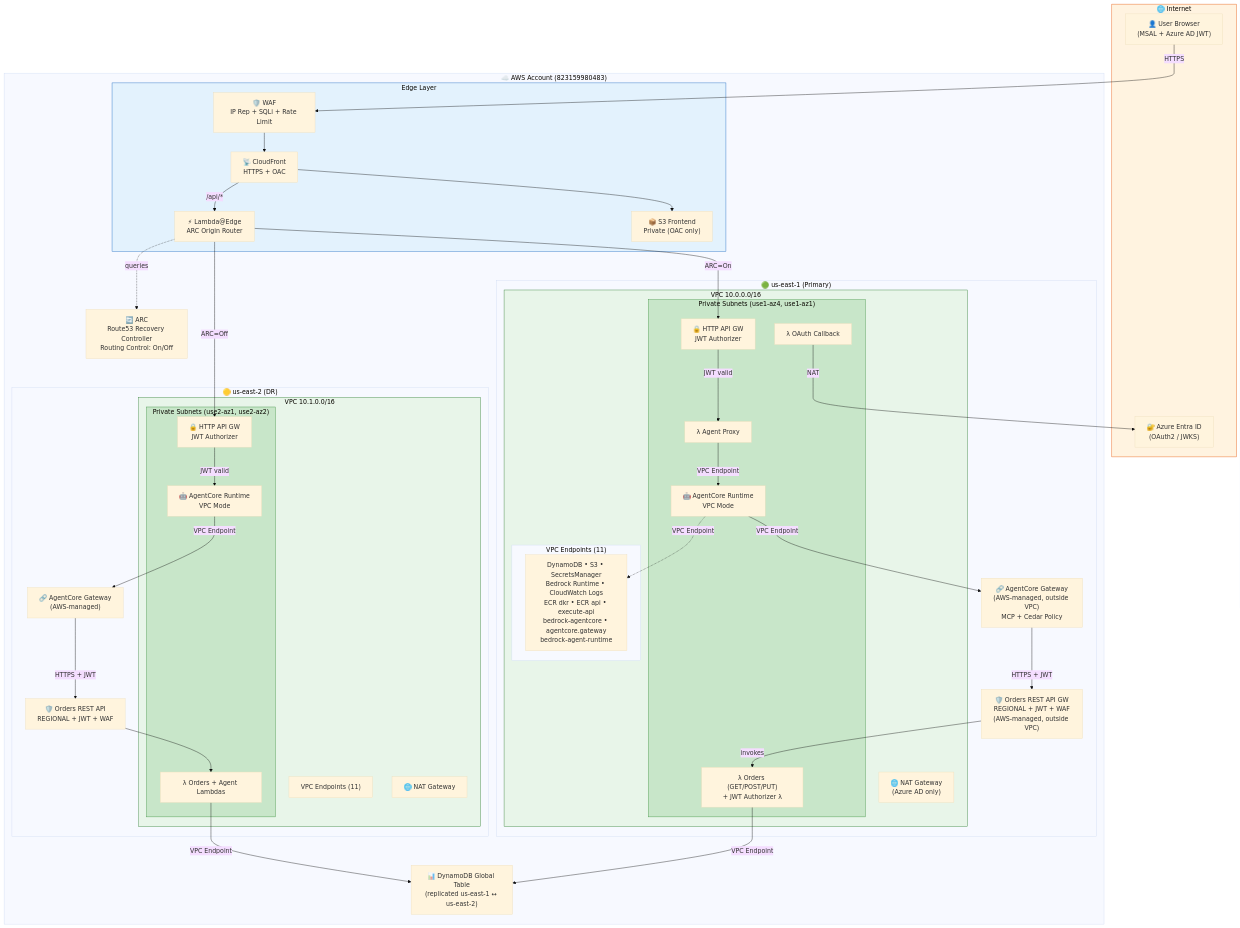
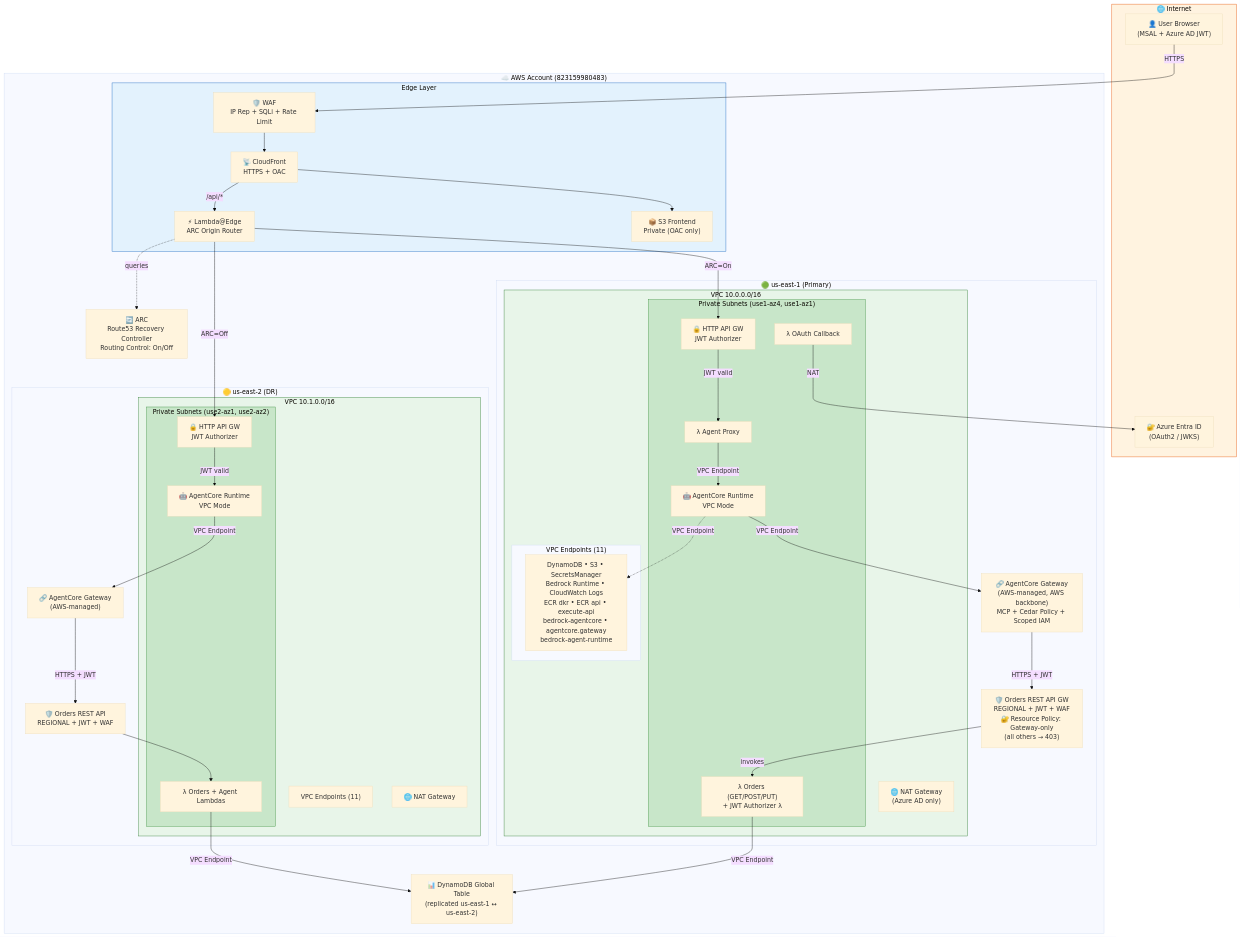
The diagram in docs/SECURITY_ARCHITECTURE.md (ajeebpeter/v3-secure-agentcore-app-demo-public), drawn with Mermaid (base theme) before and after one commit.

Commit message:
docs: highlight resource policy lockdown on Orders API in diagram

````diff
--- a/docs/SECURITY_ARCHITECTURE.md
+++ b/docs/SECURITY_ARCHITECTURE.md
@@ -9,81 +9,81 @@
 ```mermaid
 flowchart TB
     subgraph Internet["🌐 Internet"]
         User["👤 User Browser<br/>(MSAL + Azure AD JWT)"]
         AzureAD["🔐 Azure Entra ID<br/>(OAuth2 / JWKS)"]
     end
 
     subgraph AWS["☁️ AWS Account (823159980483)"]
         subgraph Edge["Edge Layer"]
             WAF_CF["🛡️ WAF<br/>IP Rep + SQLi + Rate Limit"]
             CF["📡 CloudFront<br/>HTTPS + OAC"]
             S3["📦 S3 Frontend<br/>Private (OAC only)"]
             LambdaEdge["⚡ Lambda@Edge<br/>ARC Origin Router"]
         end
 
         subgraph Primary["🟢 us-east-1 (Primary)"]
             subgraph VPC1["VPC 10.0.0.0/16"]
                 subgraph Private1["Private Subnets (use1-az4, use1-az1)"]
                     APIGW1["🔒 HTTP API GW<br/>JWT Authorizer"]
                     AgentProxy1["λ Agent Proxy"]
                     Runtime1["🤖 AgentCore Runtime<br/>VPC Mode"]
                     OAuthCB1["λ OAuth Callback"]
                     OrdersLambdas1["λ Orders (GET/POST/PUT)<br/>+ JWT Authorizer λ"]
                 end
                 subgraph Endpoints1["VPC Endpoints (11)"]
                     EP1["DynamoDB • S3 • SecretsManager<br/>Bedrock Runtime • CloudWatch Logs<br/>ECR dkr • ECR api • execute-api<br/>bedrock-agentcore • agentcore.gateway<br/>bedrock-agent-runtime"]
                 end
                 NAT1["🌐 NAT Gateway<br/>(Azure AD only)"]
             end
-            OrdersAPI1["🛡️ Orders REST API GW<br/>REGIONAL + JWT + WAF<br/>(AWS-managed, outside VPC)"]
-            Gateway1["🔗 AgentCore Gateway<br/>(AWS-managed, outside VPC)<br/>MCP + Cedar Policy"]
+            OrdersAPI1["🛡️ Orders REST API GW<br/>REGIONAL + JWT + WAF<br/>🔐 Resource Policy: Gateway-only<br/>(all others → 403)"]
+            Gateway1["🔗 AgentCore Gateway<br/>(AWS-managed, AWS backbone)<br/>MCP + Cedar Policy + Scoped IAM"]
         end
 
         subgraph DR["🟡 us-east-2 (DR)"]
             subgraph VPC2["VPC 10.1.0.0/16"]
                 subgraph Private2["Private Subnets (use2-az1, use2-az2)"]
                     APIGW2["🔒 HTTP API GW<br/>JWT Authorizer"]
                     Runtime2["🤖 AgentCore Runtime<br/>VPC Mode"]
                     OrdersLambdas2["λ Orders + Agent Lambdas"]
                 end
                 Endpoints2["VPC Endpoints (11)"]
                 NAT2["🌐 NAT Gateway"]
             end
             OrdersAPI2["🛡️ Orders REST API<br/>REGIONAL + JWT + WAF"]
             Gateway2["🔗 AgentCore Gateway<br/>(AWS-managed)"]
         end
 
         ARC["🔄 ARC<br/>Route53 Recovery Controller<br/>Routing Control: On/Off"]
         DDB["📊 DynamoDB Global Table<br/>(replicated us-east-1 ↔ us-east-2)"]
     end
 
     User -->|HTTPS| WAF_CF
     WAF_CF --> CF
     CF --> S3
     CF -->|/api/*| LambdaEdge
     LambdaEdge -->|"ARC=On"| APIGW1
     LambdaEdge -->|"ARC=Off"| APIGW2
     LambdaEdge -.->|queries| ARC
 
     APIGW1 -->|JWT valid| AgentProxy1
     AgentProxy1 -->|VPC Endpoint| Runtime1
     Runtime1 -->|VPC Endpoint| Gateway1
     Gateway1 -->|HTTPS + JWT| OrdersAPI1
     OrdersAPI1 -->|invokes| OrdersLambdas1
     OrdersLambdas1 -->|VPC Endpoint| DDB
     OAuthCB1 -->|NAT| AzureAD
     Runtime1 -.->|VPC Endpoint| EP1
 
     APIGW2 -->|JWT valid| Runtime2
     Runtime2 -->|VPC Endpoint| Gateway2
     Gateway2 -->|HTTPS + JWT| OrdersAPI2
     OrdersAPI2 --> OrdersLambdas2
     OrdersLambdas2 -->|VPC Endpoint| DDB
 
     style VPC1 fill:#e8f5e9,stroke:#2e7d32
     style VPC2 fill:#e8f5e9,stroke:#2e7d32
     style Private1 fill:#c8e6c9,stroke:#388e3c
     style Private2 fill:#c8e6c9,stroke:#388e3c
     style Edge fill:#e3f2fd,stroke:#1565c0
     style Internet fill:#fff3e0,stroke:#e65100
 ```
````
